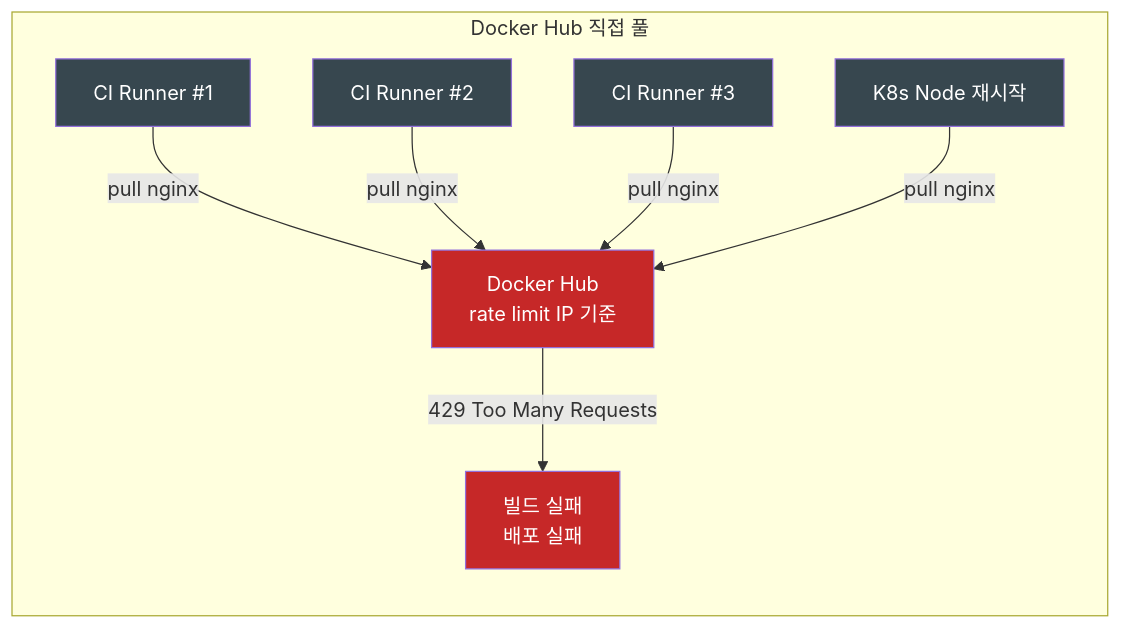
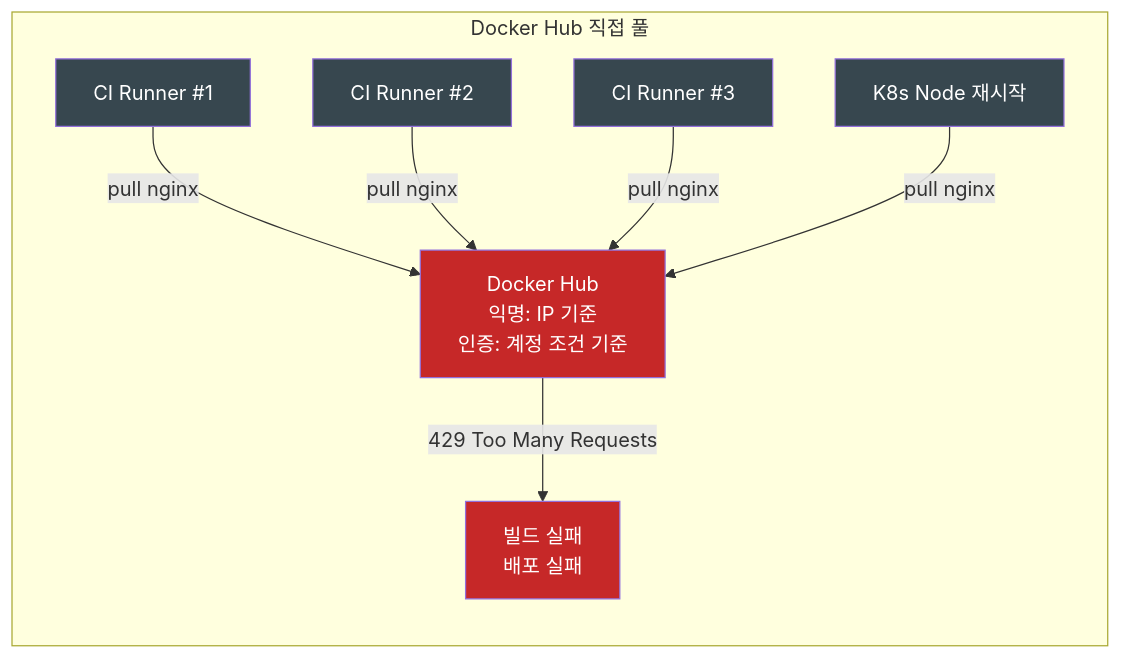
The first of 3 diagrams in kubernetes/Harbor-왜-회사들은-사내-컨테이너-레지스트리를-두는가.md (sskim91/TIL), drawn with Mermaid before and after one commit. The commit also changed other lines of this file and 39 other files, not shown here.

````diff
--- a/kubernetes/Harbor-왜-회사들은-사내-컨테이너-레지스트리를-두는가.md
+++ b/kubernetes/Harbor-왜-회사들은-사내-컨테이너-레지스트리를-두는가.md
@@ -56,17 +40,17 @@
 ```mermaid
 flowchart LR
     subgraph Before[Docker Hub 직접 풀]
-        CI1[CI Runner #1] -->|pull nginx| Hub1[Docker Hub<br>rate limit IP 기준]
+        CI1[CI Runner #1] -->|pull nginx| Hub1[Docker Hub<br>익명: IP 기준<br>인증: 계정 조건 기준]
         CI2[CI Runner #2] -->|pull nginx| Hub1
         CI3[CI Runner #3] -->|pull nginx| Hub1
         CI4[K8s Node 재시작] -->|pull nginx| Hub1
         Hub1 -->|429 Too Many Requests| Fail[빌드 실패<br>배포 실패]
     end
 
     style Hub1 fill:#C62828,color:#fff
     style Fail fill:#C62828,color:#fff
     style CI1 fill:#37474F,color:#fff
     style CI2 fill:#37474F,color:#fff
     style CI3 fill:#37474F,color:#fff
     style CI4 fill:#37474F,color:#fff
 ```
````
